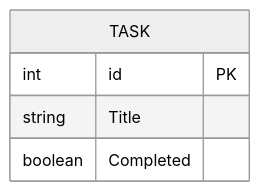
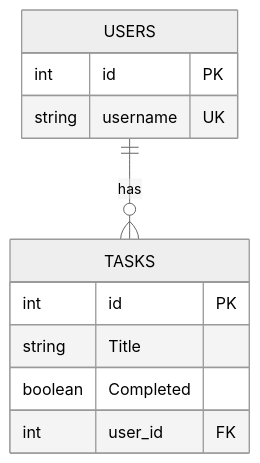
One commit to bxgnxfs/task-manager-api changed the diagram in docs/er-diagram.md. Above: the diagram before and after it, drawn with Mermaid (neutral theme). The commit also changed 9 other files, not shown here.

Commit message:
Add user-task relationship with Alembic migrations

````diff
--- a/docs/er-diagram.md
+++ b/docs/er-diagram.md
@@ -4,8 +4,16 @@
 ```mermaid
 erDiagram
-    TASK {
+    USERS ||--o{ TASKS : has
+
+    USERS {
+        int id PK
+        string username UK
+    }
+
+    TASKS {
         int id PK
         string Title
         boolean Completed
+        int user_id FK
     }
 ```
````
